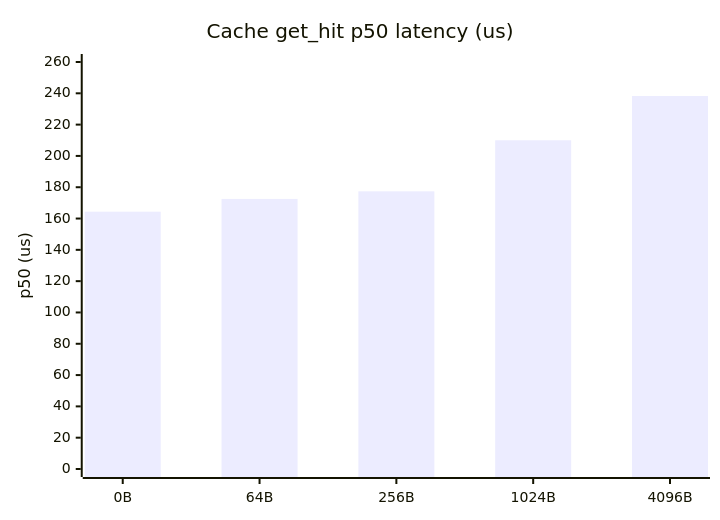
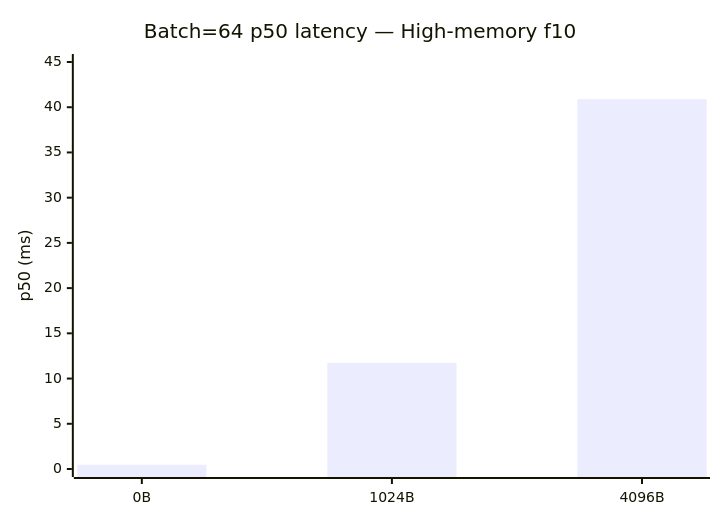
One commit to gabloe/felix changed diagram 12 of 22 in services/broker/README.md. Above: the diagram before and after it, drawn with Mermaid. The commit also changed other lines of this file and 2 other files, not shown here.

````diff
--- a/services/broker/README.md
+++ b/services/broker/README.md
@@ -148,7 +163,7 @@
 ```mermaid
 xychart-beta
-    title "Cache get_hit p50 latency (us)"
-    x-axis ["0B","64B","256B","1024B","4096B"]
-    y-axis "p50 (us)" 0 --> 260
-    bar "get_hit" [164.38,172.54,177.38,210.00,238.29]
+    title "Batch=64 p50 latency — High-memory f10"
+    x-axis ["0B","1024B","4096B"]
+    y-axis "p50 (ms)" 0 --> 45
+    bar [0.471,11.735,40.890]
 ```
````
